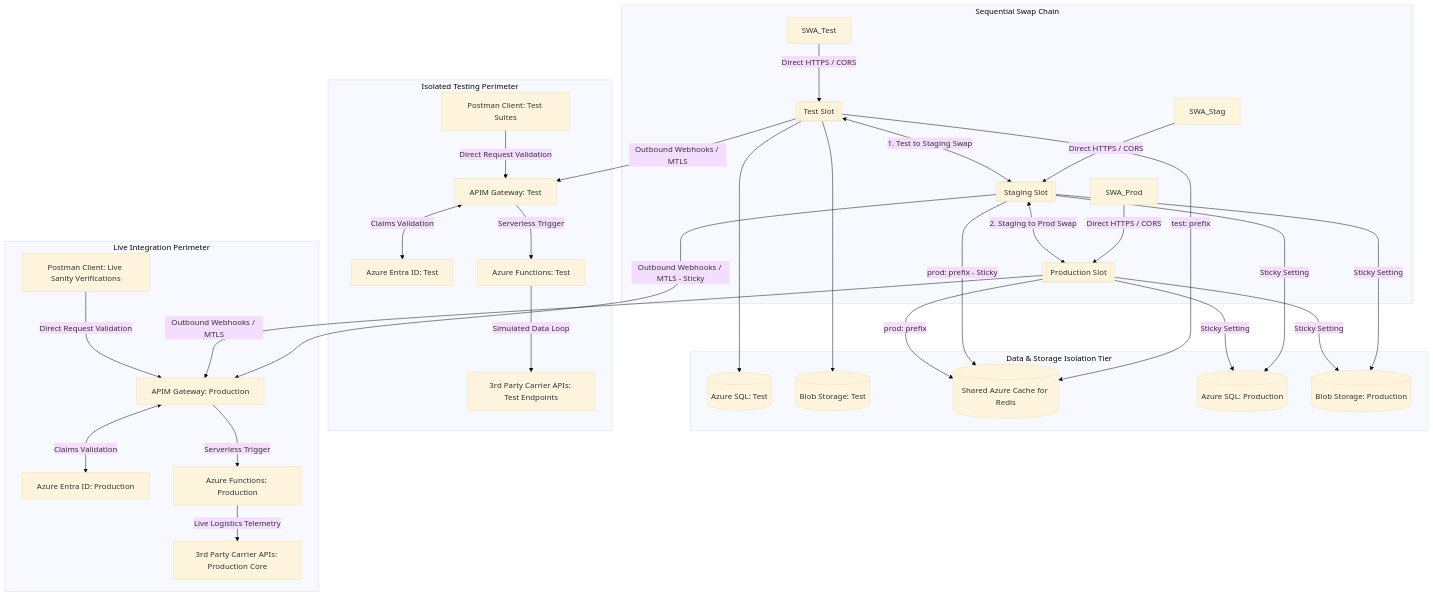
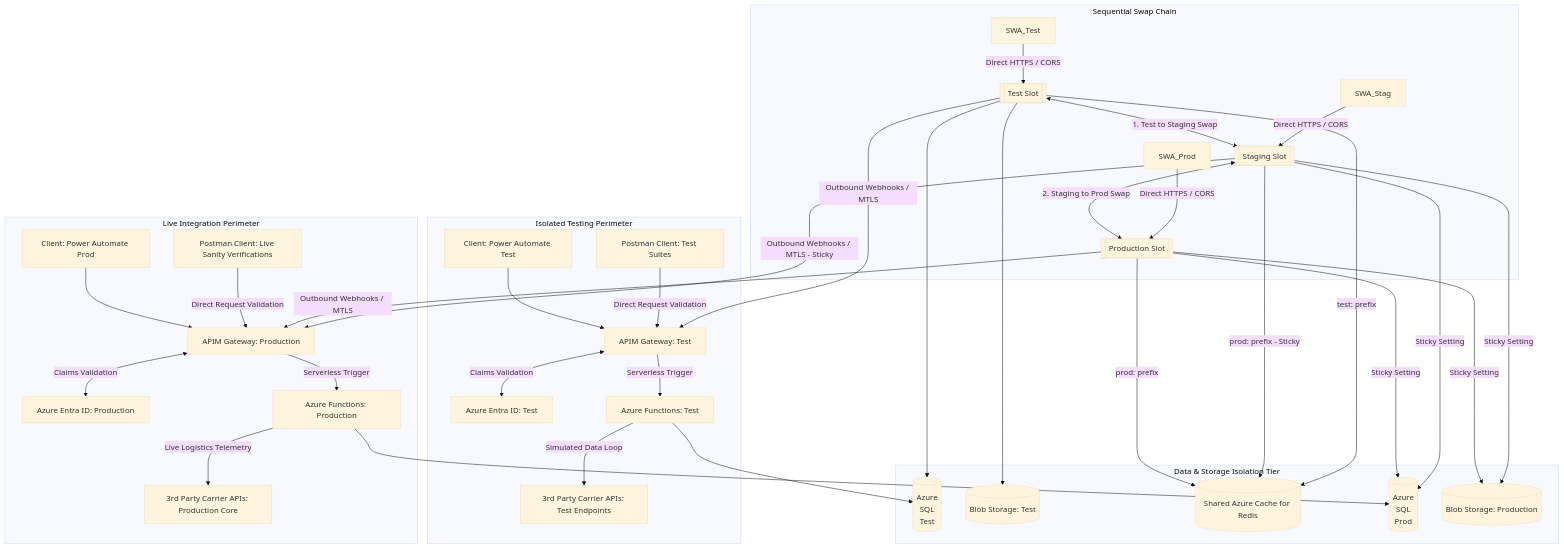
Before and after one commit to acforbes/freight-logistics-architecture: the first of 2 diagrams in README.md, drawn with Mermaid (base theme). The commit also changed other lines of this file and 4 other files, not shown here.

Commit message:
docs: more detail on redis cache, updated costs for existing functions/APIM, added Power Automate and DB connections for APIM topology

````diff
--- a/README.md
+++ b/README.md
@@ -40,43 +40,47 @@
 ```mermaid
 graph TD
     subgraph Backend App Service Plan [Sequential Swap Chain]
         SWA_Test -->|Direct HTTPS / CORS| Slot_Test[[Test Slot]]
         SWA_Stag -->|Direct HTTPS / CORS| Slot_Stag[[Staging Slot]]
         SWA_Prod -->|Direct HTTPS / CORS| Slot_Prod[[Production Slot]]
         
         Slot_Test <-->|1. Test to Staging Swap| Slot_Stag
         Slot_Stag <-->|2. Staging to Prod Swap| Slot_Prod
     end
 
     subgraph Data & Storage Isolation Tier
         Slot_Test --> DB_Test[(Azure SQL: Test)]
         Slot_Test --> Blob_Test[(Blob Storage: Test)]
         Slot_Test -->|test: prefix| Redis[(Shared Azure Cache for Redis)]
 
         Slot_Stag -->|Sticky Setting| DB_Prod[(Azure SQL: Production)]
         Slot_Prod -->|Sticky Setting| DB_Prod
         Slot_Stag -->|Sticky Setting| Blob_Prod[(Blob Storage: Production)]
         Slot_Prod -->|Sticky Setting| Blob_Prod
         
         %% Production Key-Space Convergence
         Slot_Stag -->|prod: prefix - Sticky| Redis
         Slot_Prod -->|prod: prefix| Redis
     end
 
     subgraph Test Microservice Facade [Isolated Testing Perimeter]
         Slot_Test -->|Outbound Webhooks / MTLS| APIM_Test[APIM Gateway: Test]
         PM_Test[Postman Client: Test Suites] -->|Direct Request Validation| APIM_Test
         APIM_Test <-->|Claims Validation| Entra_Test[Azure Entra ID: Test]
         APIM_Test -->|Serverless Trigger| AzFunc_Test[Azure Functions: Test]
+        User_Test[Client: Power Automate Test] --> APIM_Test
         AzFunc_Test -->|Simulated Data Loop| External_Test[3rd Party Carrier APIs: Test Endpoints]
+        AzFunc_Test --> DB_Test[(Azure<br/>SQL<br/>Test)]
     end
 
     subgraph Production Microservice Facade [Live Integration Perimeter]
         Slot_Stag -->|Outbound Webhooks / MTLS - Sticky| APIM_Prod[APIM Gateway: Production]
         Slot_Prod -->|Outbound Webhooks / MTLS| APIM_Prod
         PM_Prod[Postman Client: Live Sanity Verifications] -->|Direct Request Validation| APIM_Prod
         APIM_Prod <-->|Claims Validation| Entra_Prod[Azure Entra ID: Production]
         APIM_Prod -->|Serverless Trigger| AzFunc_Prod[Azure Functions: Production]
+        User_Prod[Client: Power Automate Prod] --> APIM_Prod
         AzFunc_Prod -->|Live Logistics Telemetry| External_Prod[3rd Party Carrier APIs: Production Core]
+        AzFunc_Prod --> DB_Prod[(Azure<br/>SQL<br/>Prod)]
     end
 ```
````
